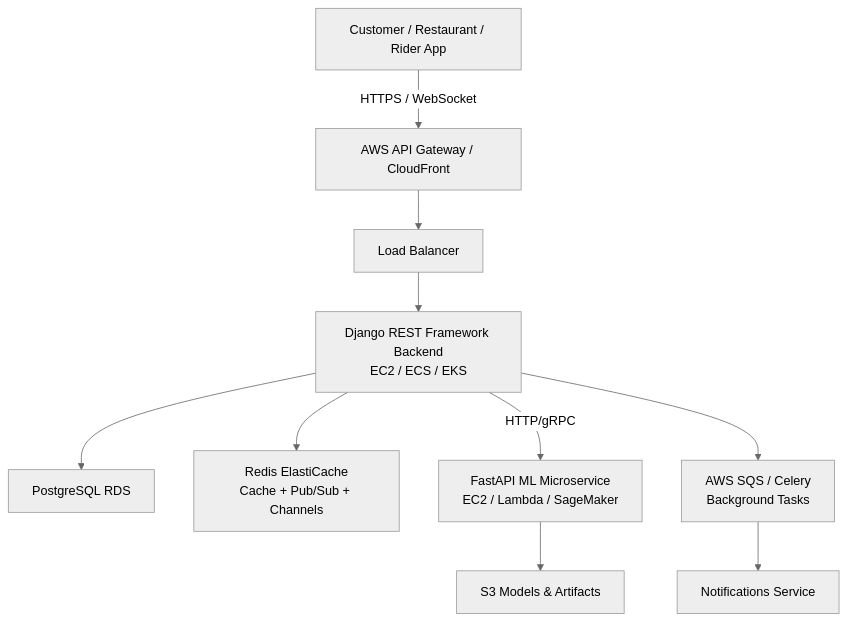
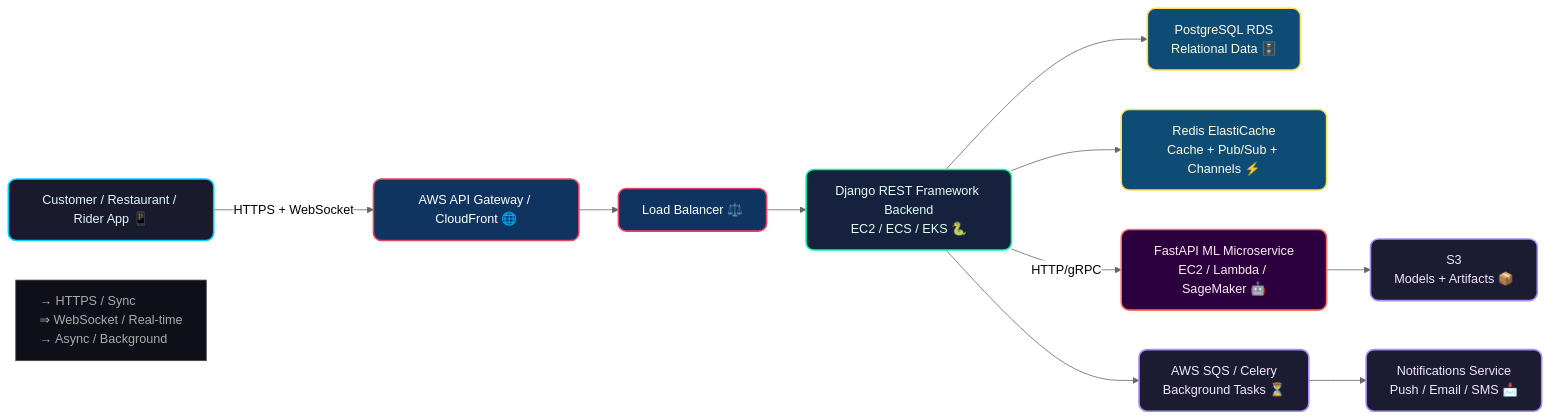
One commit to Biradarmahadev/AI-Powered-Food-Delivery-Backend-Platform- changed the diagram in README.md. Above: the diagram before and after it, drawn with Mermaid (neutral theme). The commit also changed other lines of this file, not shown here.

````diff
--- a/README.md
+++ b/README.md
@@ -69,12 +70,31 @@
 ```mermaid
-graph TD
-    A[Customer / Restaurant / Rider App] -->|HTTPS / WebSocket| B[AWS API Gateway / CloudFront]
-    B --> C[Load Balancer]
-    C --> D[Django REST Framework Backend<br>EC2 / ECS / EKS]
-    D --> E[PostgreSQL RDS]
-    D --> F[Redis ElastiCache<br>Cache + Pub/Sub + Channels]
-    D -->|HTTP/gRPC| G[FastAPI ML Microservice<br>EC2 / Lambda / SageMaker]
-    G --> H[S3 Models & Artifacts]
-    D --> I[AWS SQS / Celery<br>Background Tasks]
-    I --> J[Notifications Service]
+graph LR
+    %% Modern styling
+    classDef app fill:#1a1a2e,stroke:#00d4ff,stroke-width:2px,color:#e0f7ff,rx:10px
+    classDef gateway fill:#0f3460,stroke:#e94560,stroke-width:2px,color:#fff,rx:10px
+    classDef backend fill:#16213e,stroke:#00ff9f,stroke-width:2px,color:#e0fff5,rx:10px
+    classDef db fill:#0f4c75,stroke:#ffdd57,stroke-width:2px,color:#fffde7,rx:10px
+    classDef ml fill:#2c003e,stroke:#ff6f61,stroke-width:2px,color:#ffebee,rx:10px
+    classDef infra fill:#1b1b32,stroke:#a78bfa,stroke-width:2px,color:#f3e8ff,rx:10px
+
+    %% Flow
+    A[Customer / Restaurant / Rider App 📱]:::app -->|HTTPS + WebSocket| B[AWS API Gateway / CloudFront 🌐]:::gateway
+
+    B --> C[Load Balancer ⚖️]:::gateway
+    C --> D[Django REST Framework Backend<br>EC2 / ECS / EKS 🐍]:::backend
+
+    D --> E[PostgreSQL RDS<br>Relational Data 🗄️]:::db
+    D --> F[Redis ElastiCache<br>Cache + Pub/Sub + Channels ⚡]:::db
+
+    D -->|HTTP/gRPC| G[FastAPI ML Microservice<br>EC2 / Lambda / SageMaker 🤖]:::ml
+    G --> H[S3<br>Models + Artifacts 📦]:::infra
+
+    D --> I[AWS SQS / Celery<br>Background Tasks ⏳]:::infra
+    I --> J[Notifications Service<br>Push / Email / SMS 📩]:::infra
+
+    %% Styling for legend
+    classDef legend fill:#0f0f1a,stroke:#444,stroke-width:1px,color:#aaa
+    Legend[→ HTTPS / Sync<br>⇒ WebSocket / Real-time<br>→ Async / Background]:::legend
+
+    style Legend text-align:left
 ```
````
